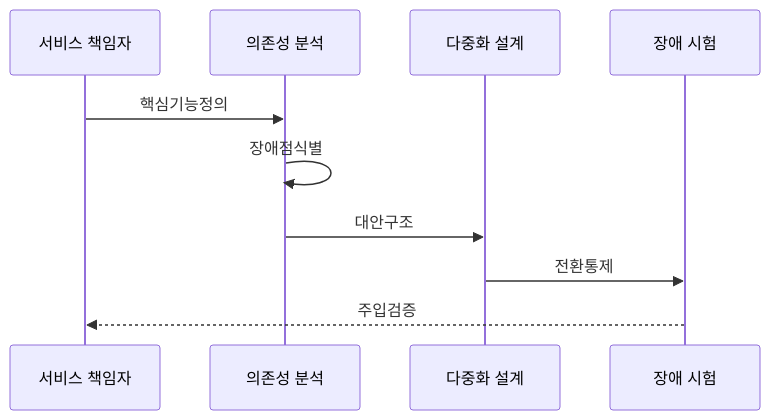
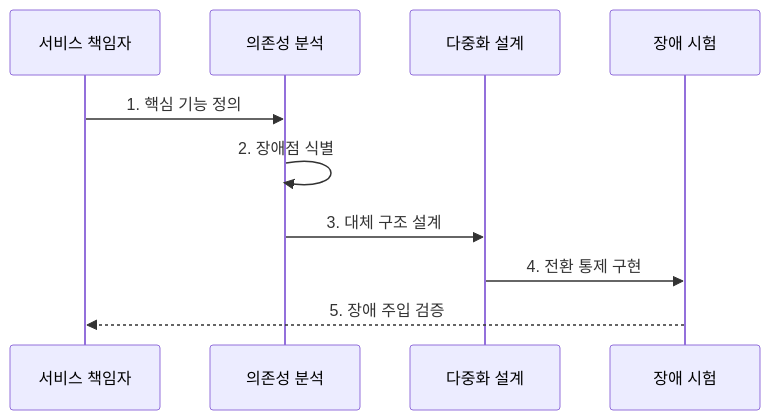
One commit to agnusdei1207/knowledge-base changed the second of 2 diagrams in src/content/docs/notes/03-software/199_spof_elimination.md. Above: the diagram before and after it, drawn with Mermaid. The commit also changed other lines of this file and 20 other files, not shown here.

````diff
--- a/src/content/docs/notes/03-software/199_spof_elimination.md
+++ b/src/content/docs/notes/03-software/199_spof_elimination.md
@@ -93,12 +86,12 @@
 ```mermaid
 sequenceDiagram
     participant O as 서비스 책임자
     participant A as 의존성 분석
     participant D as 다중화 설계
     participant T as 장애 시험
-    O->>A: 핵심기능정의
-    A->>A: 장애점식별
-    A->>D: 대안구조
-    D->>T: 전환통제
-    T-->>O: 주입검증
+    O->>A: 1. 핵심 기능 정의
+    A->>A: 2. 장애점 식별
+    A->>D: 3. 대체 구조 설계
+    D->>T: 4. 전환 통제 구현
+    T-->>O: 5. 장애 주입 검증
 ```
````
